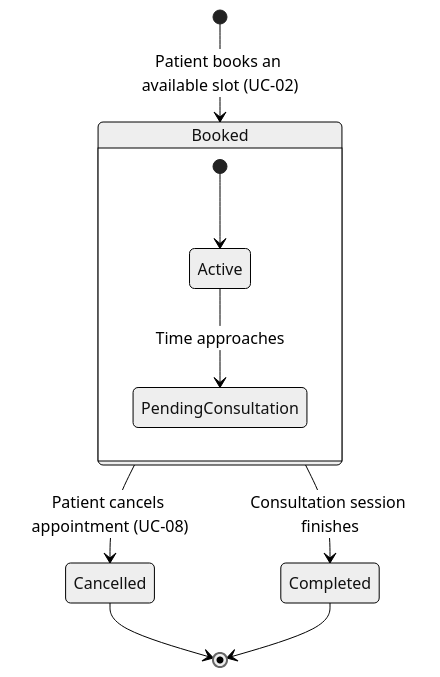
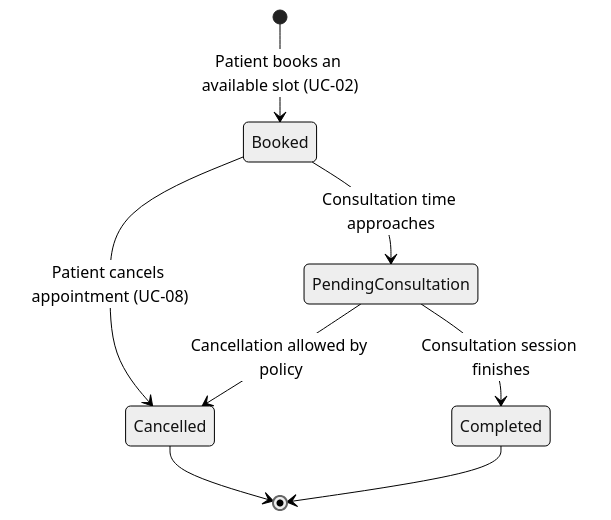
Before and after one commit to feloaref/scalable-telemedicine-platform: the fifth of 6 diagrams in DATA_FLOW_DIAGRAMS.md, drawn with Mermaid (neutral theme).

Commit message:
DATA_FLOW_DIAGRAMS.md

````diff
--- a/DATA_FLOW_DIAGRAMS.md
+++ b/DATA_FLOW_DIAGRAMS.md
@@ -145,15 +145,13 @@
 ```mermaid
 stateDiagram-v2
-    [*] --> Booked : Patient books an available slot (UC-02)
+    [*] --> Booked: Patient books an available slot (UC-02)
 
-    state Booked {
-        [*] --> Active
-        Active --> PendingConsultation : Time approaches
-    }
+    Booked --> PendingConsultation: Consultation time approaches
+    Booked --> Cancelled: Patient cancels appointment (UC-08)
 
-    Booked --> Cancelled : Patient cancels appointment (UC-08)
-    Booked --> Completed : Consultation session finishes
+    PendingConsultation --> Completed: Consultation session finishes
+    PendingConsultation --> Cancelled: Cancellation allowed by policy
 
     Cancelled --> [*]
     Completed --> [*]
 ```
````
